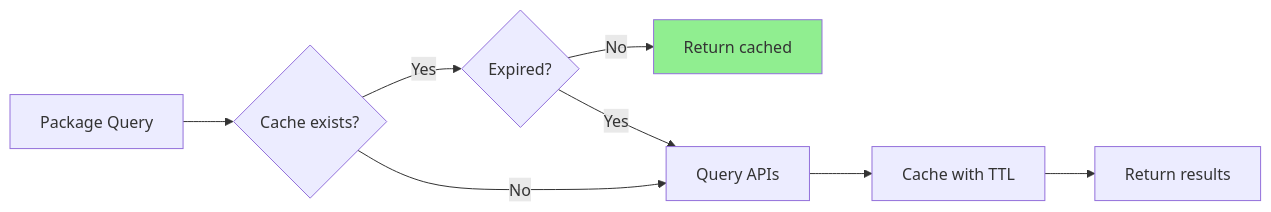
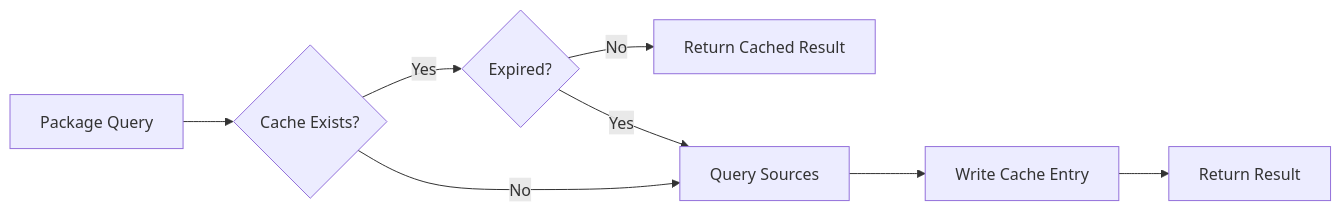
The fifth of 6 diagrams in README.md (asx8678/pnpm-audit-hook), drawn with Mermaid before and after one commit. The commit also changed other lines of this file and 1 other file, not shown here.

````diff
--- a/README.md
+++ b/README.md
@@ -739,12 +595,10 @@
 ```mermaid
 flowchart LR
-    A[Package Query] --> B{Cache exists?}
+    A[Package Query] --> B{Cache Exists?}
     B -->|Yes| C{Expired?}
-    C -->|No| D[Return cached]
-    C -->|Yes| E[Query APIs]
+    C -->|No| D[Return Cached Result]
+    C -->|Yes| E[Query Sources]
     B -->|No| E
-    E --> F[Cache with TTL]
-    F --> G[Return results]
-
-    style D fill:#90EE90
+    E --> F[Write Cache Entry]
+    F --> G[Return Result]
 ```
````
